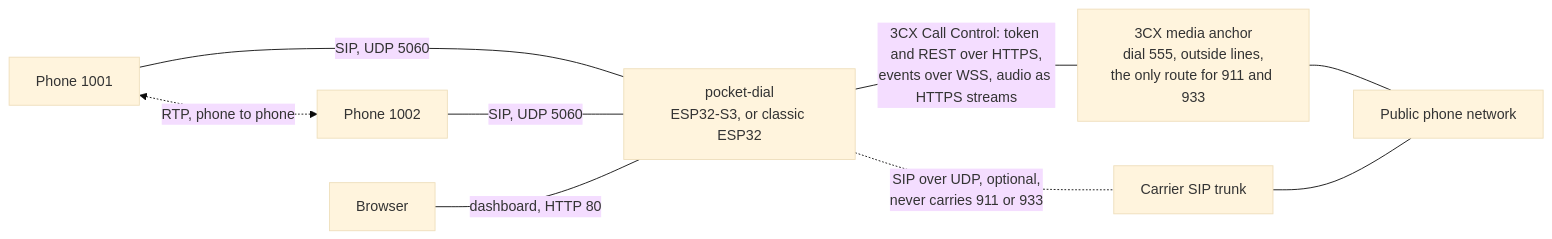
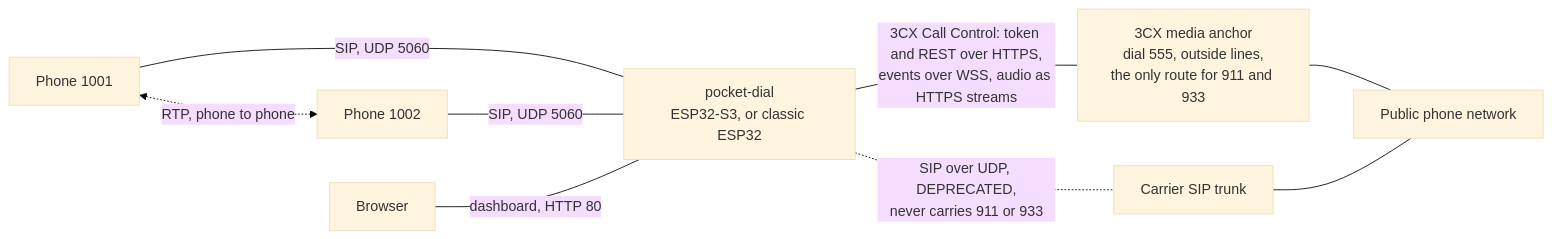
Before and after one commit to GlomarGadaffi/pocket-dial: the first of 7 diagrams in README.md, drawn with Mermaid (base theme). The commit also changed other lines of this file and 12 other files, not shown here.

````diff
--- a/README.md
+++ b/README.md
@@ -13,11 +13,11 @@
 ```mermaid
 flowchart LR
     A["Phone 1001"] -- "SIP, UDP 5060" --- PBX["pocket-dial<br/>ESP32-S3, or classic ESP32"]
     B["Phone 1002"] -- "SIP, UDP 5060" --- PBX
     A <-. "RTP, phone to phone" .-> B
     W["Browser"] -- "dashboard, HTTP 80" --- PBX
     PBX -- "3CX Call Control: token and REST over HTTPS,<br/>events over WSS, audio as HTTPS streams" --- AN["3CX media anchor<br/>dial 555, outside lines,<br/>the only route for 911 and 933"]
-    PBX -. "SIP over UDP, optional,<br/>never carries 911 or 933" .- TR["Carrier SIP trunk"]
+    PBX -. "SIP over UDP, DEPRECATED,<br/>never carries 911 or 933" .- TR["Carrier SIP trunk"]
     AN --- PSTN["Public phone network"]
     TR --- PSTN
 ```
````
